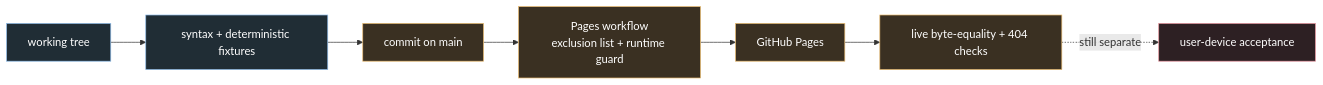
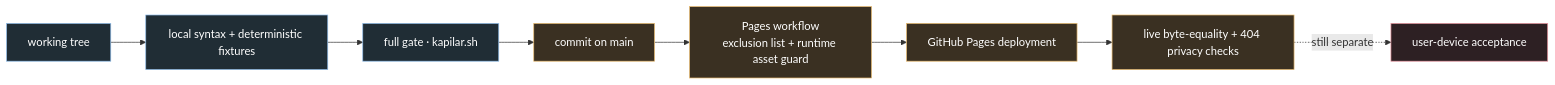
One commit to mustafaras/s changed diagram 12 of 12 in README.md. Above: the diagram before and after it, drawn with Mermaid. The commit also changed other lines of this file, not shown here.

````diff
--- a/README.md
+++ b/README.md
@@ -632,16 +1742,17 @@
 ```mermaid
 flowchart LR
-    W["working tree"] --> Q["syntax + deterministic fixtures"]
-    Q --> C["commit on main"]
-    C --> CI["Pages workflow<br/>exclusion list + runtime guard"]
-    CI --> DEP["GitHub Pages"]
-    DEP --> LIVE["live byte-equality + 404 checks"]
+    W["working tree"] --> Q["local syntax + deterministic fixtures"]
+    Q --> G["full gate · kapilar.sh"]
+    G --> C["commit on main"]
+    C --> CI["Pages workflow<br/>exclusion list + runtime asset guard"]
+    CI --> DEP["GitHub Pages deployment"]
+    DEP --> LIVE["live byte-equality + 404 privacy checks"]
     LIVE -. "still separate" .-> DEVICE["user-device acceptance"]
 
     classDef local fill:#202d35,stroke:#8fbce9,color:#fff;
     classDef delivery fill:#3a3022,stroke:#e9bb70,color:#fff;
     classDef separate fill:#2d2023,stroke:#e8959e,color:#fff;
-    class W,Q local;
+    class W,Q,G local;
     class C,CI,DEP,LIVE delivery;
     class DEVICE separate;
 ```
````
